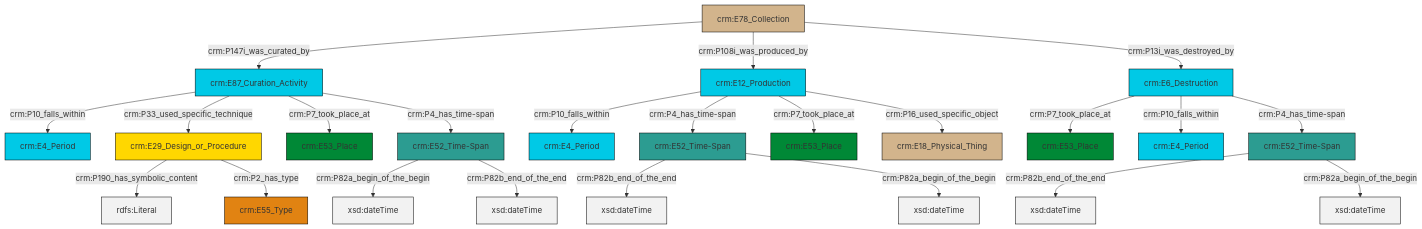
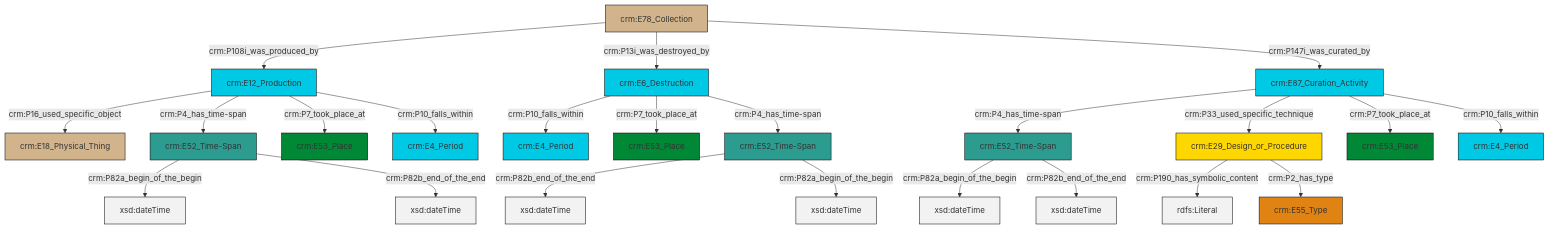
The diagram in et/archivalCSV/ttl/mmd/archival_existence.ttl.mmd (swiss-art-research-net/docs.swissartresearch), drawn with Mermaid before and after one commit. The commit also changed 178 other files, not shown here.

```diff
--- a/et/archivalCSV/ttl/mmd/archival_existence.ttl.mmd
+++ b/et/archivalCSV/ttl/mmd/archival_existence.ttl.mmd
@@ -1,37 +1,37 @@
 graph TD
 classDef Literal fill:#f2f2f2,stroke:#000000;
 classDef CRM_Entity fill:#FFFFFF,stroke:#000000;
 classDef Temporal_Entity fill:#00C9E6, stroke:#000000;
 classDef Type fill:#E18312, stroke:#000000;
 classDef Time-Span fill:#2C9C91, stroke:#000000;
 classDef Appellation fill:#FFEB7F, stroke:#000000;
 classDef Place fill:#008836, stroke:#000000;
 classDef Persistent_Item fill:#B266B2, stroke:#000000;
 classDef Conceptual_Object fill:#FFD700, stroke:#000000;
 classDef Physical_Thing fill:#D2B48C, stroke:#000000;
 classDef Actor fill:#f58aad, stroke:#000000;
 classDef PC_Classes fill:#4ce600, stroke:#000000;
 classDef Multi fill:#cccccc,stroke:#000000;
 
-0["crm:E6_Destruction"]:::Temporal_Entity -->|crm:P7_took_place_at| 1["crm:E53_Place"]:::Place
-6["crm:E78_Collection"]:::Physical_Thing -->|crm:P147i_was_curated_by| 7["crm:E87_Curation_Activity"]:::Temporal_Entity
-10["crm:E52_Time-Span"]:::Time-Span -->|crm:P82b_end_of_the_end| 11[xsd:dateTime]:::Literal
-10["crm:E52_Time-Span"]:::Time-Span -->|crm:P82a_begin_of_the_begin| 12[xsd:dateTime]:::Literal
-14["crm:E12_Production"]:::Temporal_Entity -->|crm:P10_falls_within| 8["crm:E4_Period"]:::Temporal_Entity
-16["crm:E29_Design_or_Procedure"]:::Conceptual_Object -->|crm:P190_has_symbolic_content| 17[rdfs:Literal]:::Literal
-7["crm:E87_Curation_Activity"]:::Temporal_Entity -->|crm:P10_falls_within| 18["crm:E4_Period"]:::Temporal_Entity
-7["crm:E87_Curation_Activity"]:::Temporal_Entity -->|crm:P33_used_specific_technique| 16["crm:E29_Design_or_Procedure"]:::Conceptual_Object
-19["crm:E52_Time-Span"]:::Time-Span -->|crm:P82b_end_of_the_end| 20[xsd:dateTime]:::Literal
-6["crm:E78_Collection"]:::Physical_Thing -->|crm:P108i_was_produced_by| 14["crm:E12_Production"]:::Temporal_Entity
-16["crm:E29_Design_or_Procedure"]:::Conceptual_Object -->|crm:P2_has_type| 26["crm:E55_Type"]:::Type
-0["crm:E6_Destruction"]:::Temporal_Entity -->|crm:P10_falls_within| 4["crm:E4_Period"]:::Temporal_Entity
-14["crm:E12_Production"]:::Temporal_Entity -->|crm:P4_has_time-span| 10["crm:E52_Time-Span"]:::Time-Span
-21["crm:E52_Time-Span"]:::Time-Span -->|crm:P82a_begin_of_the_begin| 28[xsd:dateTime]:::Literal
-21["crm:E52_Time-Span"]:::Time-Span -->|crm:P82b_end_of_the_end| 30[xsd:dateTime]:::Literal
-14["crm:E12_Production"]:::Temporal_Entity -->|crm:P7_took_place_at| 32["crm:E53_Place"]:::Place
-7["crm:E87_Curation_Activity"]:::Temporal_Entity -->|crm:P7_took_place_at| 2["crm:E53_Place"]:::Place
-7["crm:E87_Curation_Activity"]:::Temporal_Entity -->|crm:P4_has_time-span| 21["crm:E52_Time-Span"]:::Time-Span
-6["crm:E78_Collection"]:::Physical_Thing -->|crm:P13i_was_destroyed_by| 0["crm:E6_Destruction"]:::Temporal_Entity
-19["crm:E52_Time-Span"]:::Time-Span -->|crm:P82a_begin_of_the_begin| 35[xsd:dateTime]:::Literal
-14["crm:E12_Production"]:::Temporal_Entity -->|crm:P16_used_specific_object| 24["crm:E18_Physical_Thing"]:::Physical_Thing
-0["crm:E6_Destruction"]:::Temporal_Entity -->|crm:P4_has_time-span| 19["crm:E52_Time-Span"]:::Time-Span
+0["crm:E87_Curation_Activity"]:::Temporal_Entity -->|crm:P4_has_time-span| 1["crm:E52_Time-Span"]:::Time-Span
+2["crm:E78_Collection"]:::Physical_Thing -->|crm:P108i_was_produced_by| 3["crm:E12_Production"]:::Temporal_Entity
+3["crm:E12_Production"]:::Temporal_Entity -->|crm:P16_used_specific_object| 8["crm:E18_Physical_Thing"]:::Physical_Thing
+9["crm:E52_Time-Span"]:::Time-Span -->|crm:P82b_end_of_the_end| 10[xsd:dateTime]:::Literal
+4["crm:E29_Design_or_Procedure"]:::Conceptual_Object -->|crm:P190_has_symbolic_content| 14[rdfs:Literal]:::Literal
+9["crm:E52_Time-Span"]:::Time-Span -->|crm:P82a_begin_of_the_begin| 15[xsd:dateTime]:::Literal
+16["crm:E6_Destruction"]:::Temporal_Entity -->|crm:P10_falls_within| 17["crm:E4_Period"]:::Temporal_Entity
+3["crm:E12_Production"]:::Temporal_Entity -->|crm:P4_has_time-span| 18["crm:E52_Time-Span"]:::Time-Span
+18["crm:E52_Time-Span"]:::Time-Span -->|crm:P82a_begin_of_the_begin| 26[xsd:dateTime]:::Literal
+3["crm:E12_Production"]:::Temporal_Entity -->|crm:P7_took_place_at| 27["crm:E53_Place"]:::Place
+0["crm:E87_Curation_Activity"]:::Temporal_Entity -->|crm:P33_used_specific_technique| 4["crm:E29_Design_or_Procedure"]:::Conceptual_Object
+16["crm:E6_Destruction"]:::Temporal_Entity -->|crm:P7_took_place_at| 20["crm:E53_Place"]:::Place
+16["crm:E6_Destruction"]:::Temporal_Entity -->|crm:P4_has_time-span| 9["crm:E52_Time-Span"]:::Time-Span
+3["crm:E12_Production"]:::Temporal_Entity -->|crm:P10_falls_within| 22["crm:E4_Period"]:::Temporal_Entity
+1["crm:E52_Time-Span"]:::Time-Span -->|crm:P82a_begin_of_the_begin| 29[xsd:dateTime]:::Literal
+18["crm:E52_Time-Span"]:::Time-Span -->|crm:P82b_end_of_the_end| 31[xsd:dateTime]:::Literal
+2["crm:E78_Collection"]:::Physical_Thing -->|crm:P13i_was_destroyed_by| 16["crm:E6_Destruction"]:::Temporal_Entity
+0["crm:E87_Curation_Activity"]:::Temporal_Entity -->|crm:P7_took_place_at| 12["crm:E53_Place"]:::Place
+0["crm:E87_Curation_Activity"]:::Temporal_Entity -->|crm:P10_falls_within| 33["crm:E4_Period"]:::Temporal_Entity
+1["crm:E52_Time-Span"]:::Time-Span -->|crm:P82b_end_of_the_end| 36[xsd:dateTime]:::Literal
+4["crm:E29_Design_or_Procedure"]:::Conceptual_Object -->|crm:P2_has_type| 6["crm:E55_Type"]:::Type
+2["crm:E78_Collection"]:::Physical_Thing -->|crm:P147i_was_curated_by| 0["crm:E87_Curation_Activity"]:::Temporal_Entity
```
